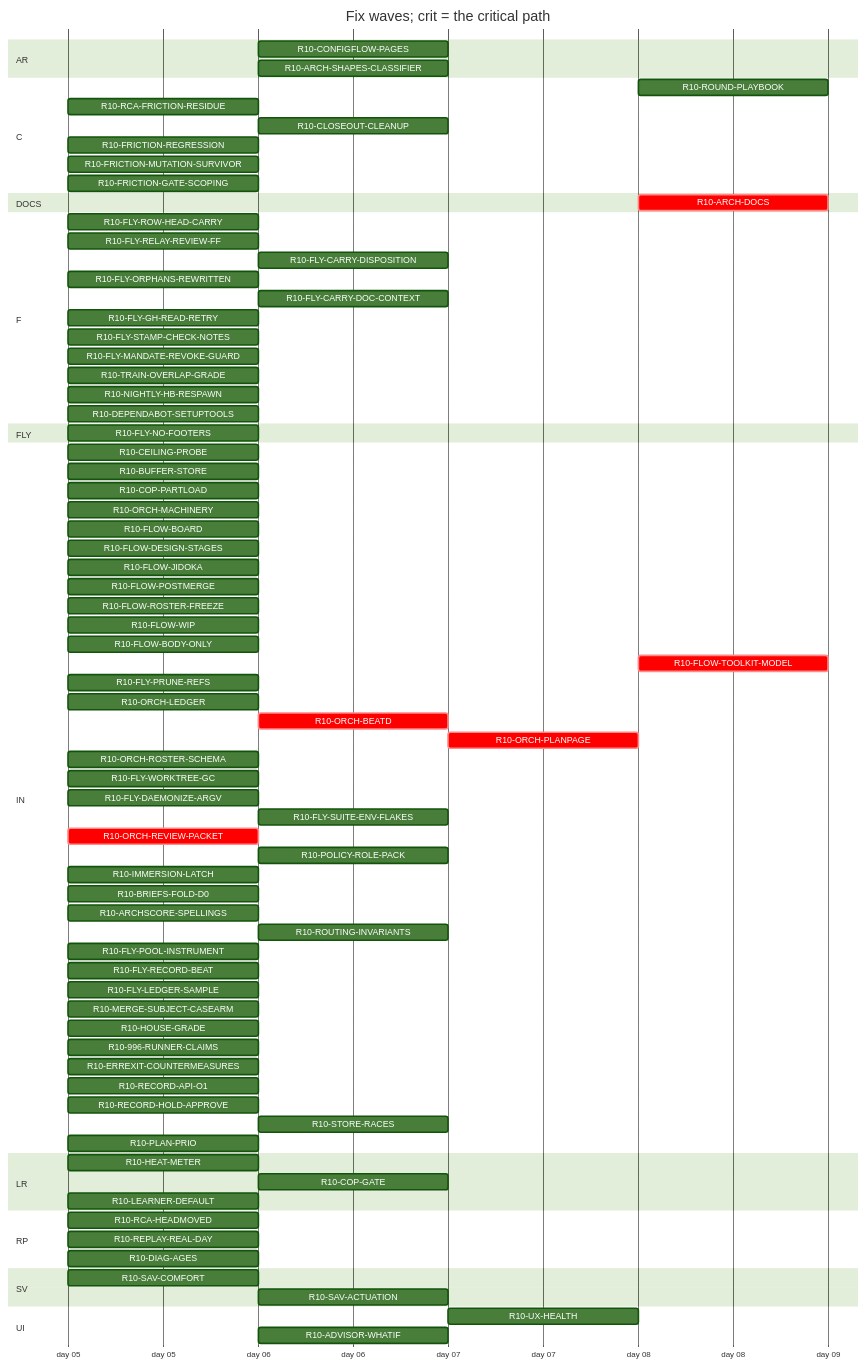
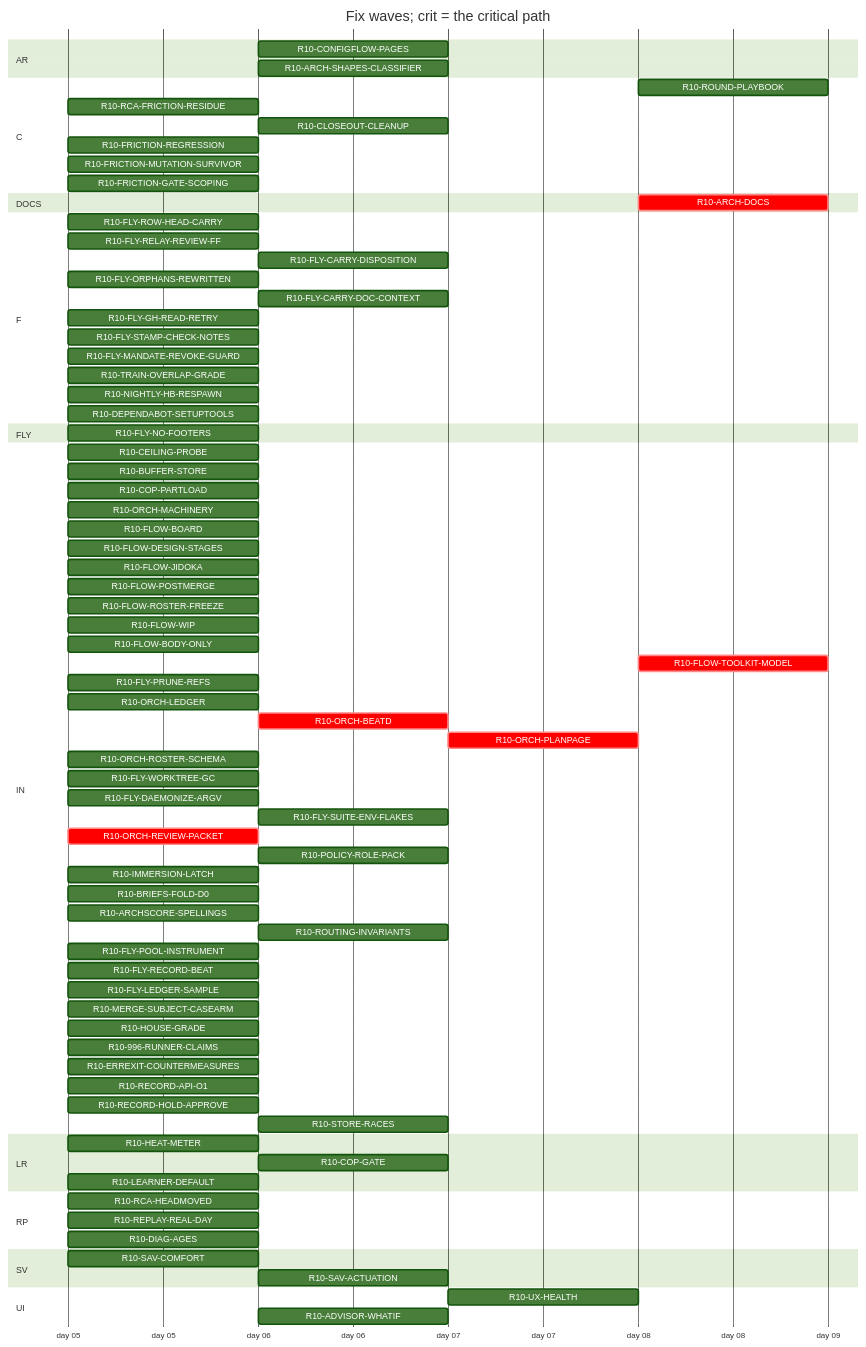
One commit to tvofi/heatpump_optimizer changed the diagram in handoff/round10/state/PLAN-TABLE.md. Above: the diagram before and after it, drawn with Mermaid (forest theme). The commit also changed other lines of this file and 2 other files, not shown here.

Commit message:
state: NEXT-SESSION-PROMPT.md, PLAN-TABLE.md, RESUME-CURRENT.md regenerated (state_docs.py)

```diff
--- a/handoff/round10/state/PLAN-TABLE.md
+++ b/handoff/round10/state/PLAN-TABLE.md
@@ -88,7 +88,6 @@
     R10-RECORD-API-O1 :r10RECORDAPIO1, 2026-01-05, 1d
     R10-RECORD-HOLD-APPROVE :r10RECORDHOLDAPPROVE, 2026-01-05, 1d
     R10-STORE-RACES :r10STORERACES, after r10BUFFERSTORE, 1d
-    R10-PLAN-PRIO :r10PLANPRIO, 2026-01-05, 1d
   section LR
     R10-HEAT-METER :r10HEATMETER, 2026-01-05, 1d
     R10-COP-GATE :r10COPGATE, after r10HEATMETER, 1d
```
